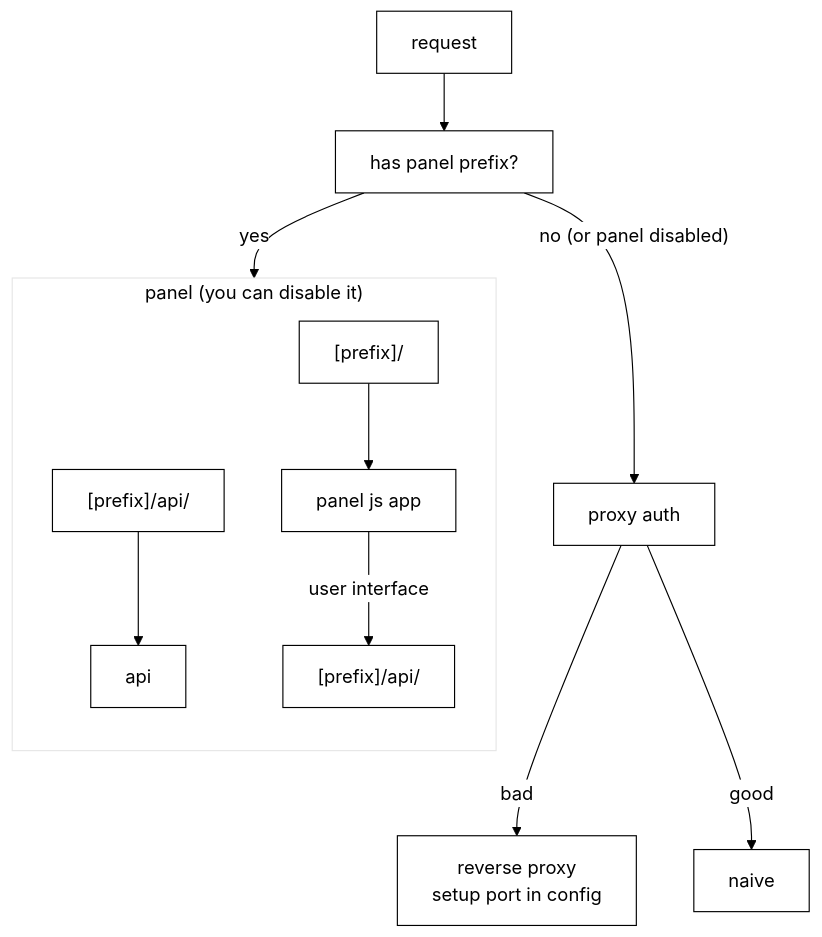
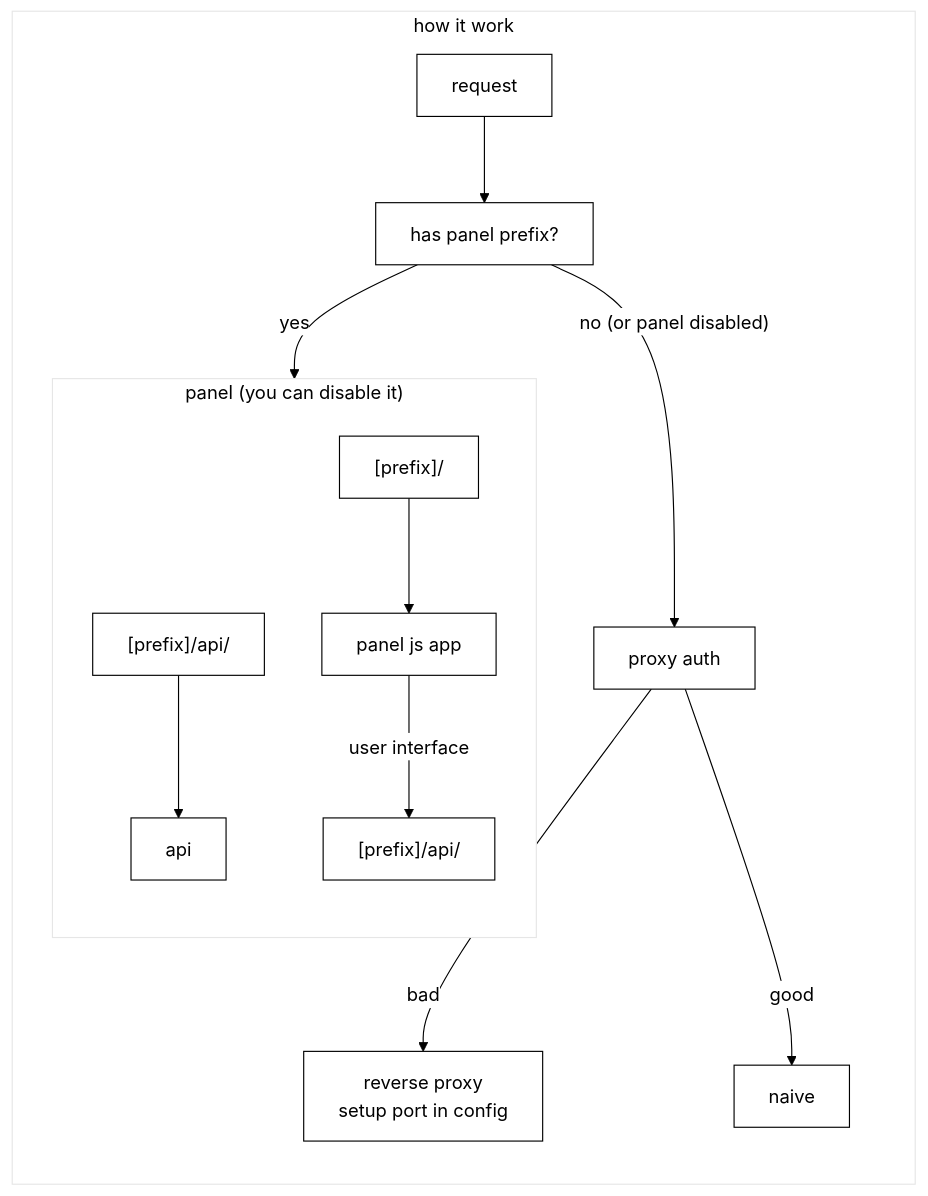
The diagram in readme.md (seriousStranger/rachav), drawn with Mermaid before and after one commit. The commit also changed other lines of this file and 2 other files, not shown here.

````diff
--- a/readme.md
+++ b/readme.md
@@ -66,27 +70,30 @@
 ```mermaid
 %%{init: {
   "theme": "base",
   "themeVariables": {
     "background": "#FFFFFF",
     "primaryColor": "#FFFFFF",
     "primaryTextColor": "#000000",
     "primaryBorderColor": "#000000",
     "lineColor": "#000000"
   }
 }}%%
 flowchart TD
+subgraph "how it work"
+direction TD
     request --> panelCheck[has panel prefix?]
     panelCheck -- "no (or panel disabled)" --> auth[proxy auth]
     panelCheck -- "yes" --> panel
   
     auth --"bad"--> reverseProxy["reverse proxy\n setup port in config"]
     auth --"good"--> naiveeProxy["naive"]
 
 
     subgraph panel["panel (you can disable it)"]
     direction TD
     panelApi["[prefix]/api/"] --> api1[api]
     panelIndex["[prefix]/"] --> panelApp["panel js app"]
     panelApp -- "user interface" --> uReadThis?["[prefix]/api/"]
     end
+end
 ```
````
